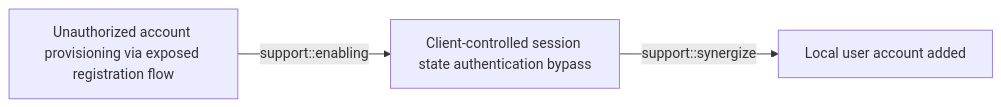
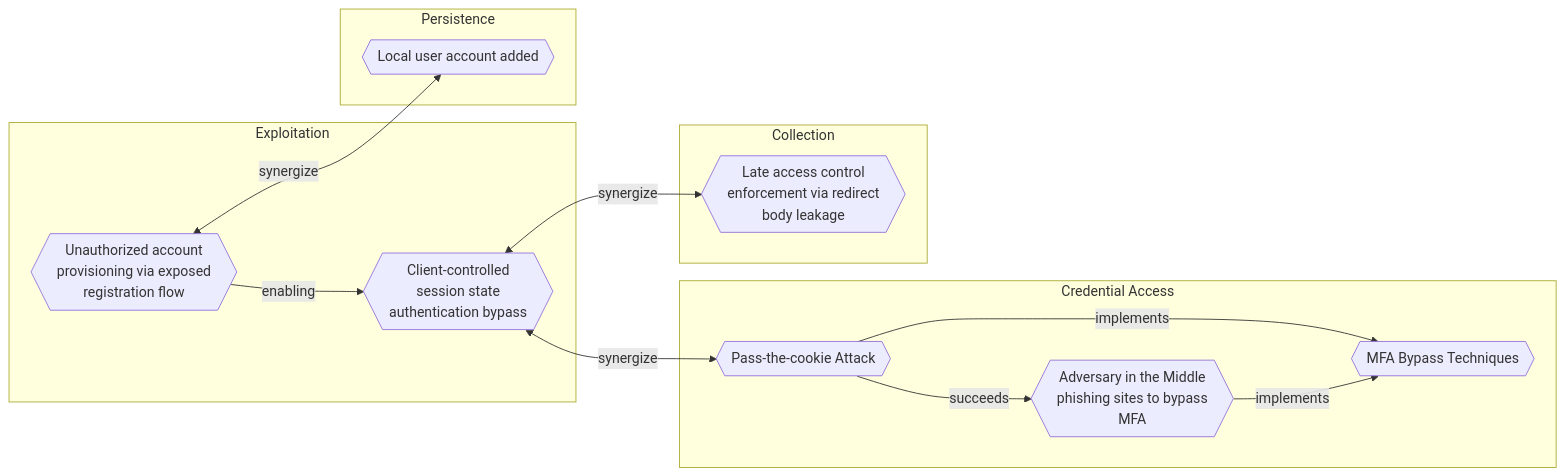
One commit to opentidehq/library changed the first of 2 diagrams in docs/threats/unauthorized-account-provisioning-via-exposed-registration-flow.md. Above: the diagram before and after it, drawn with Mermaid. The commit also changed other lines of this file and 540 other files, not shown here.

````diff
--- a/docs/threats/unauthorized-account-provisioning-via-exposed-registration-flow.md
+++ b/docs/threats/unauthorized-account-provisioning-via-exposed-registration-flow.md
@@ -70,8 +81,25 @@
 ```mermaid
 flowchart LR
-3d7dada6_5f9d_4f67_952e_faa2ab794fde["Unauthorized account provisioning via exposed registration flow"]
-38adba1e_0961_4417_bd84_33fa9c42439f["Client-controlled session state authentication bypass"]
-e2d8ce6b_f21e_4444_a828_0c6b722a9c93["Local user account added"]
-3d7dada6_5f9d_4f67_952e_faa2ab794fde -->|support::enabling| 38adba1e_0961_4417_bd84_33fa9c42439f
-38adba1e_0961_4417_bd84_33fa9c42439f -->|support::synergize| e2d8ce6b_f21e_4444_a828_0c6b722a9c93
+subgraph "Exploitation"
+3d7dada6_5f9d_4f67_952e_faa2ab794fde{{"Unauthorized account<br>provisioning via exposed<br>registration flow"}}
+38adba1e_0961_4417_bd84_33fa9c42439f{{"Client-controlled<br>session state<br>authentication bypass"}}
+end
+subgraph "Persistence"
+e2d8ce6b_f21e_4444_a828_0c6b722a9c93{{"Local user account added"}}
+end
+subgraph "Credential Access"
+b0d6bf74_b204_4a48_9509_4499ed795771{{"Pass-the-cookie Attack"}}
+66aafb61_9a46_4287_8b40_4785b42b77a3{{"Adversary in the Middle<br>phishing sites to bypass<br>MFA"}}
+4a807ac4_f764_41b1_ae6f_94239041d349{{"MFA Bypass Techniques"}}
+end
+subgraph "Collection"
+0663c192_cdeb_49a2_994c_4cc8e98f764e{{"Late access control<br>enforcement via redirect<br>body leakage"}}
+end
+3d7dada6_5f9d_4f67_952e_faa2ab794fde -->|enabling| 38adba1e_0961_4417_bd84_33fa9c42439f
+3d7dada6_5f9d_4f67_952e_faa2ab794fde <-->|synergize| e2d8ce6b_f21e_4444_a828_0c6b722a9c93
+38adba1e_0961_4417_bd84_33fa9c42439f <-->|synergize| b0d6bf74_b204_4a48_9509_4499ed795771
+38adba1e_0961_4417_bd84_33fa9c42439f <-->|synergize| 0663c192_cdeb_49a2_994c_4cc8e98f764e
+b0d6bf74_b204_4a48_9509_4499ed795771 -->|succeeds| 66aafb61_9a46_4287_8b40_4785b42b77a3
+b0d6bf74_b204_4a48_9509_4499ed795771 -->|implements| 4a807ac4_f764_41b1_ae6f_94239041d349
+66aafb61_9a46_4287_8b40_4785b42b77a3 -->|implements| 4a807ac4_f764_41b1_ae6f_94239041d349
 ```
````
